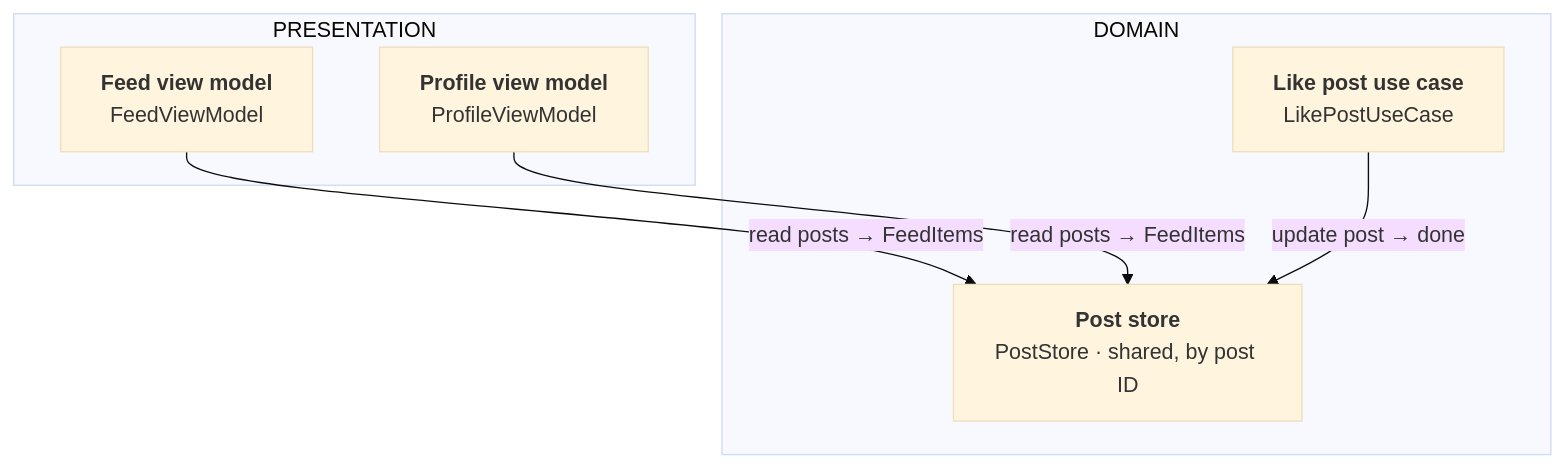
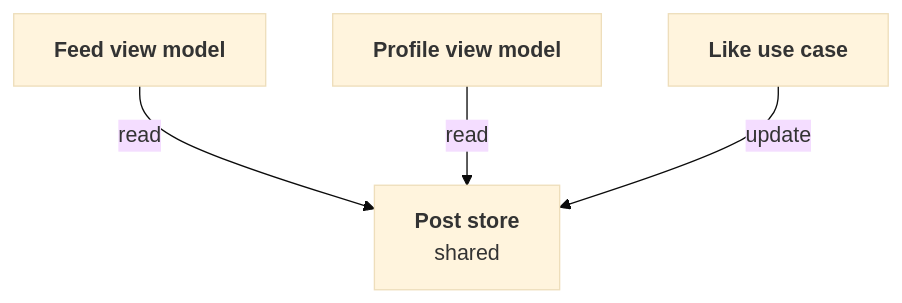
Before and after one commit to rezabina86/reference-desk: the fourth of 4 diagrams in topics/system-design/02-infinite-photo-feed.md, drawn with Mermaid (base theme). The commit also changed other lines of this file and 5 other files, not shown here.

````diff
--- a/topics/system-design/02-infinite-photo-feed.md
+++ b/topics/system-design/02-infinite-photo-feed.md
@@ -670,20 +431,9 @@
 ```mermaid
 flowchart TB
-  subgraph P["PRESENTATION"]
-    FVM["`**Feed view model**
-FeedViewModel`"]
-    PVM["`**Profile view model**
-ProfileViewModel`"]
-  end
-  subgraph D["DOMAIN"]
-    PS["`**Post store**
-PostStore · shared, by post ID`"]
-    Like["`**Like post use case**
-LikePostUseCase`"]
-  end
-  FVM -- "read posts → FeedItems" --> PS
-  PVM -- "read posts → FeedItems" --> PS
-  Like -- "update post → done" --> PS
+  FVM["`**Feed view model**`"] -- "read" --> PS["`**Post store**
+shared`"]
+  PVM["`**Profile view model**`"] -- "read" --> PS
+  Like["`**Like use case**`"] -- "update" --> PS
   class FVM,PVM pres
   class PS,Like dom
 ```
````
